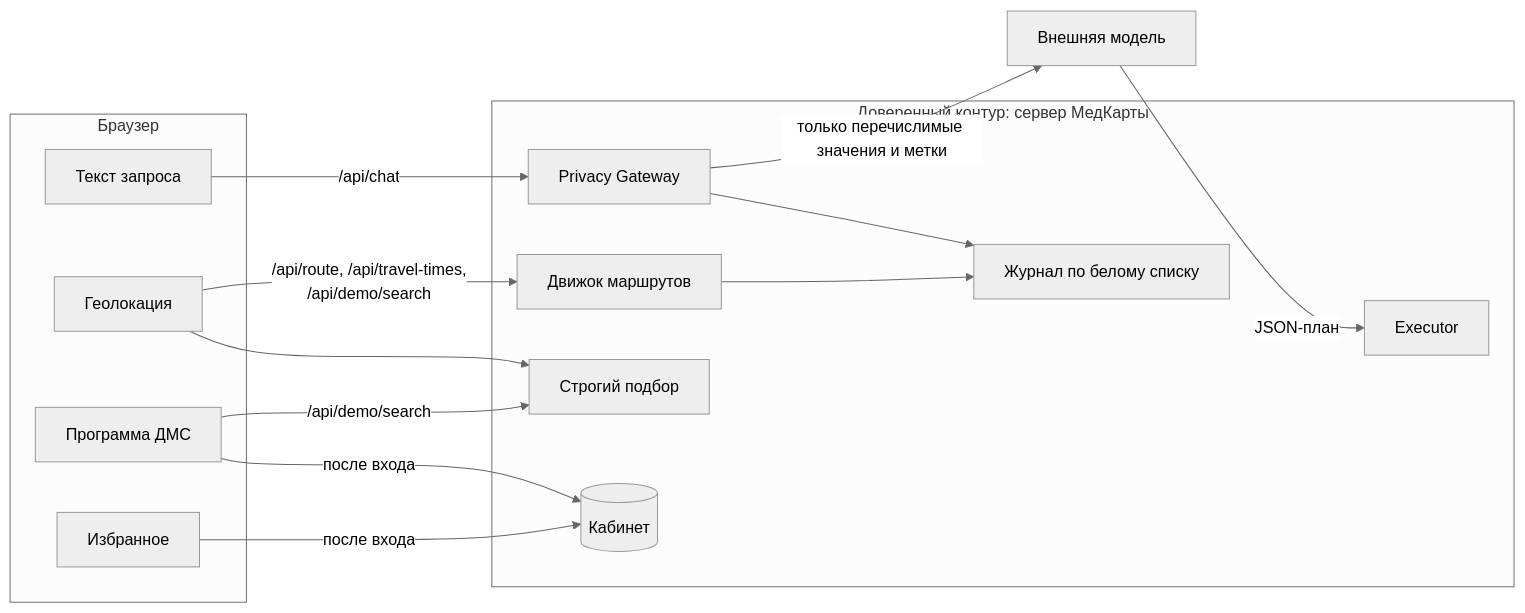
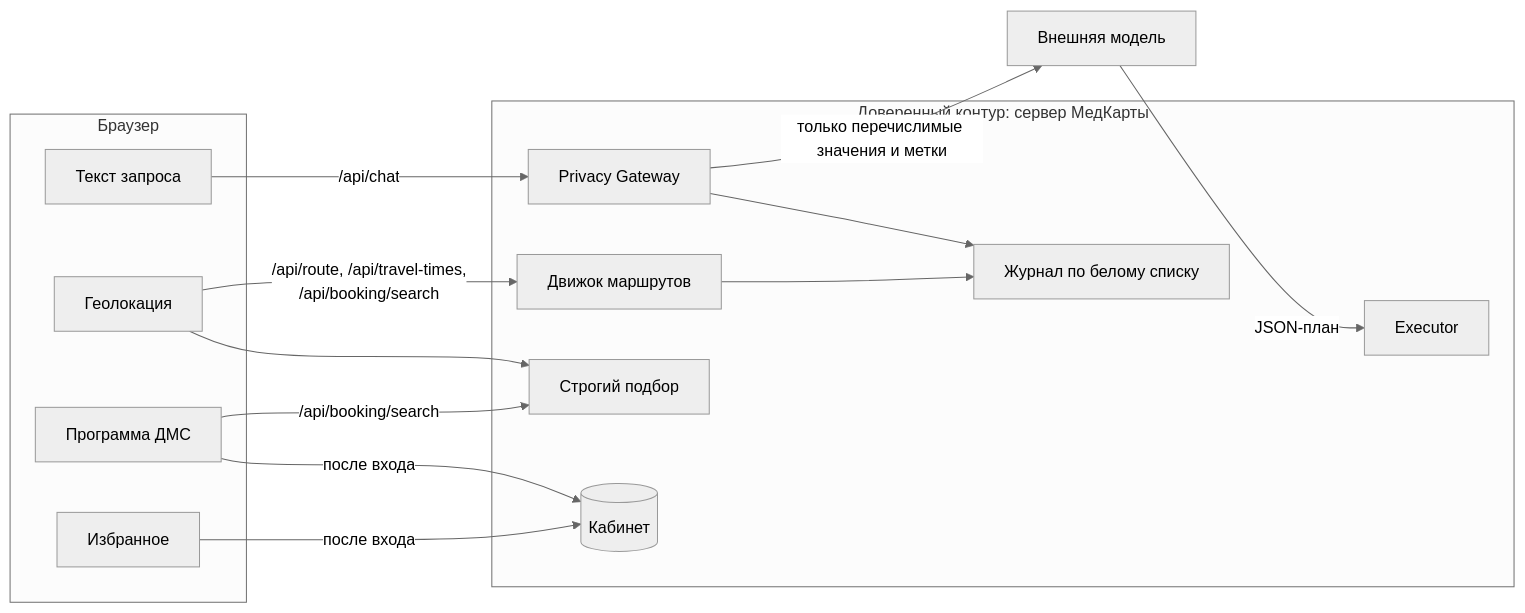
The fifth of 6 diagrams in docs/02-architecture.md (MaksimMerkushev/MedKarta), drawn with Mermaid (neutral theme) before and after one commit. The commit also changed other lines of this file and 10 other files, not shown here.

Commit message:
docs: booking connector layer, slot cache and /api/booking paths

````diff
--- a/docs/02-architecture.md
+++ b/docs/02-architecture.md
@@ -240,31 +243,31 @@
 ```mermaid
 flowchart LR
     subgraph client["Браузер"]
         text["Текст запроса"]
         geo["Геолокация"]
         plan["Программа ДМС"]
         fav["Избранное"]
     end
 
     subgraph trusted["Доверенный контур: сервер МедКарты"]
         gw["Privacy Gateway"]
         exec["Executor"]
         demo["Строгий подбор"]
         routing["Движок маршрутов"]
         accdb[("Кабинет")]
         log["Журнал по белому списку"]
     end
 
     llm["Внешняя модель"]
 
     text -->|"/api/chat"| gw
     gw -->|"только перечислимые значения и метки"| llm
     llm -->|"JSON-план"| exec
-    geo -->|"/api/route, /api/travel-times,<br/>/api/demo/search"| routing
+    geo -->|"/api/route, /api/travel-times,<br/>/api/booking/search"| routing
     geo --> demo
-    plan -->|"/api/demo/search"| demo
+    plan -->|"/api/booking/search"| demo
     plan -->|"после входа"| accdb
     fav -->|"после входа"| accdb
     gw --> log
     routing --> log
 ```
````
